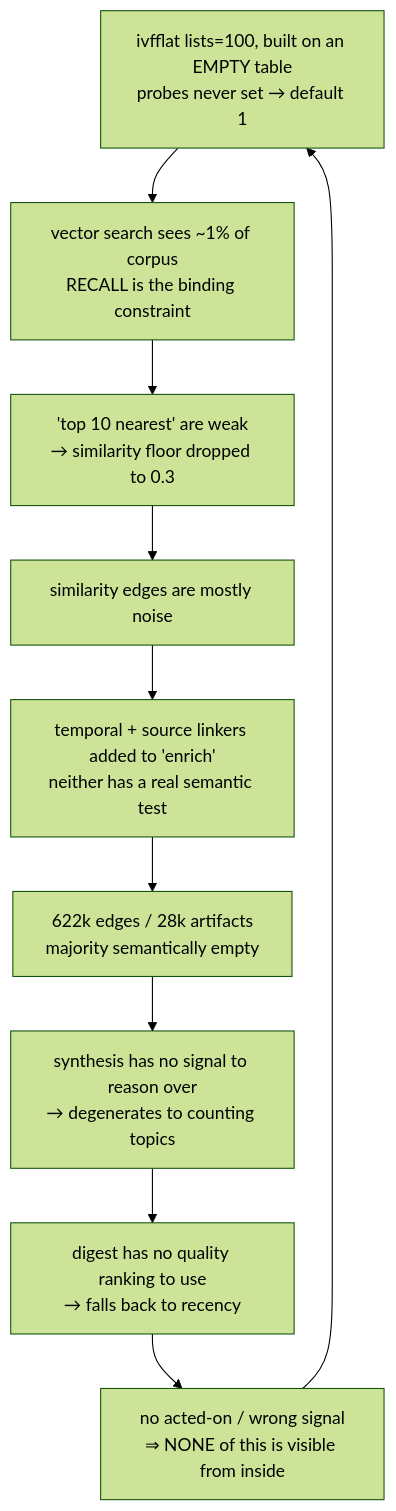
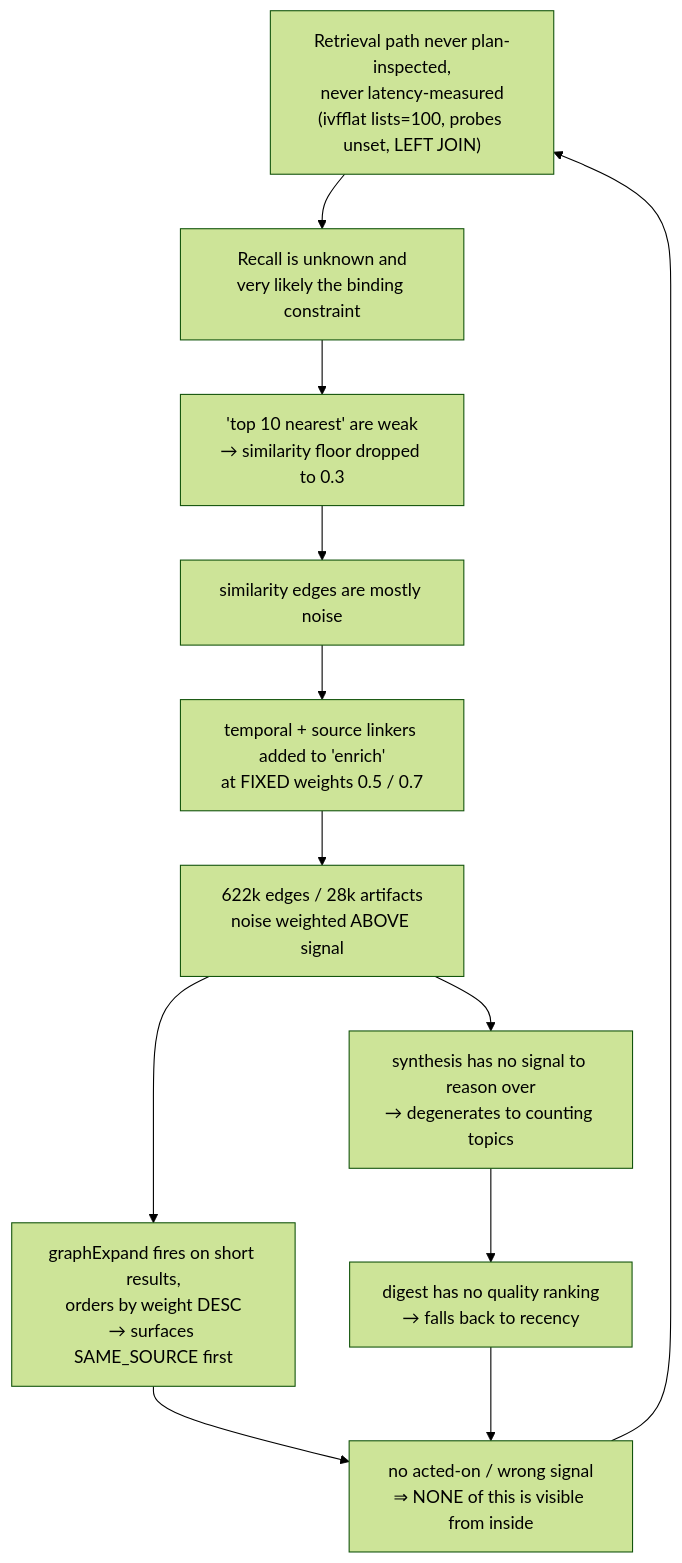
Before and after one commit to pkirsanov/smackerel: the first of 2 diagrams in docs/Product_Direction_2026-07-31.md, drawn with Mermaid (forest theme). The commit also changed other lines of this file, not shown here.

First line of the commit message:
docs: fourth-pass review — retrieval plan ambiguity and inverted edge weights

````diff
--- a/docs/Product_Direction_2026-07-31.md
+++ b/docs/Product_Direction_2026-07-31.md
@@ -121,12 +121,14 @@
 ```mermaid
 graph TD
-    A["ivfflat lists=100, built on an EMPTY table<br/>probes never set → default 1"] --> B["vector search sees ~1% of corpus<br/>RECALL is the binding constraint"]
+    A["Retrieval path never plan-inspected,<br/>never latency-measured<br/>(ivfflat lists=100, probes unset, LEFT JOIN)"] --> B["Recall is unknown and<br/>very likely the binding constraint"]
     B --> C["'top 10 nearest' are weak<br/>→ similarity floor dropped to 0.3"]
     C --> D["similarity edges are mostly noise"]
-    D --> E["temporal + source linkers added to 'enrich'<br/>neither has a real semantic test"]
-    E --> F["622k edges / 28k artifacts<br/>majority semantically empty"]
-    F --> G["synthesis has no signal to reason over<br/>→ degenerates to counting topics"]
-    G --> H["digest has no quality ranking to use<br/>→ falls back to recency"]
-    H --> I["no acted-on / wrong signal<br/>⇒ NONE of this is visible from inside"]
-    I --> A
+    D --> E["temporal + source linkers added to 'enrich'<br/>at FIXED weights 0.5 / 0.7"]
+    E --> F["622k edges / 28k artifacts<br/>noise weighted ABOVE signal"]
+    F --> G["graphExpand fires on short results,<br/>orders by weight DESC<br/>→ surfaces SAME_SOURCE first"]
+    F --> H["synthesis has no signal to reason over<br/>→ degenerates to counting topics"]
+    H --> I["digest has no quality ranking<br/>→ falls back to recency"]
+    G --> J["no acted-on / wrong signal<br/>⇒ NONE of this is visible from inside"]
+    I --> J
+    J --> A
 ```
````
